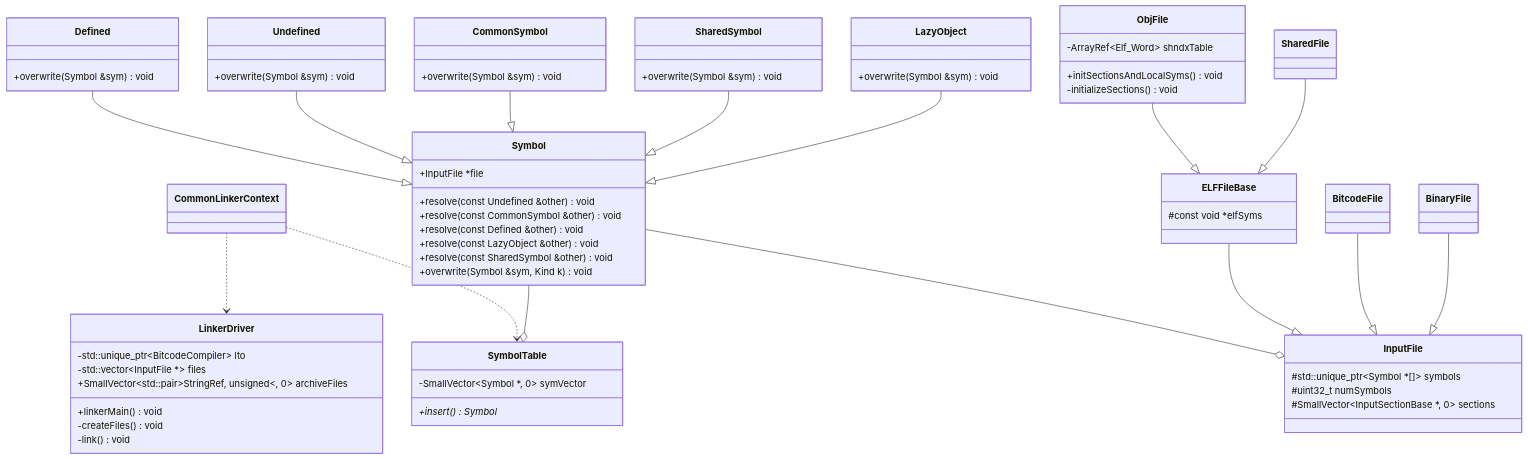
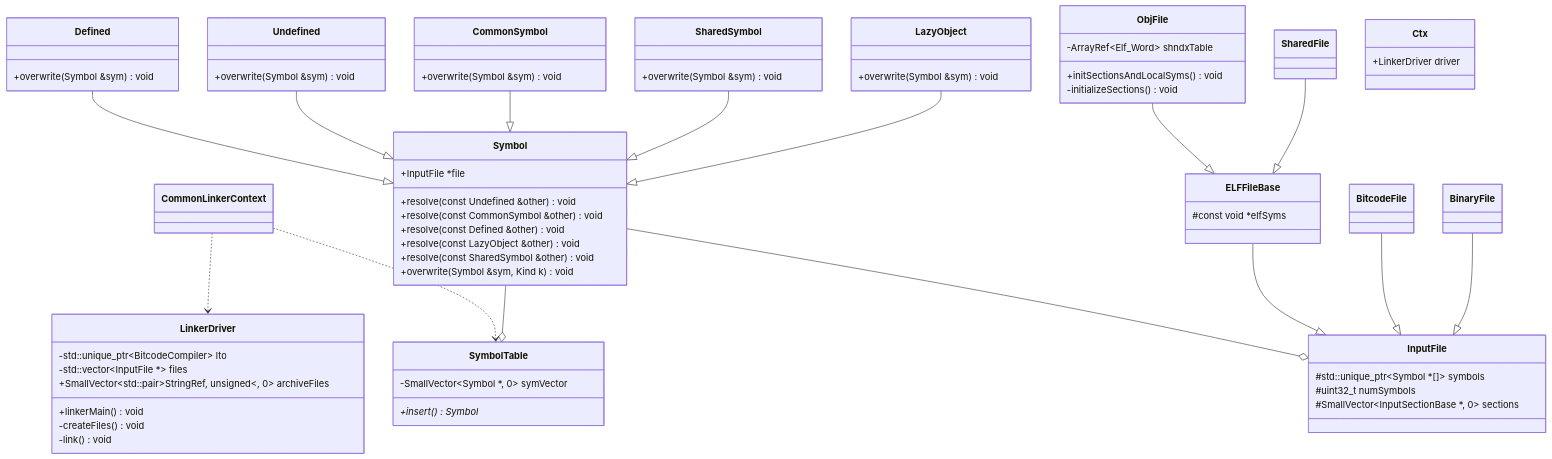
Before and after one commit to acelyb/MY-NOTE: the second of 2 diagrams in compiler/llvm-note.md, drawn with Mermaid. The commit also changed other lines of this file and 1 other file, not shown here.

Commit message:
llvm(linker): Amend lld notes.

````diff
--- a/compiler/llvm-note.md
+++ b/compiler/llvm-note.md
@@ -167,4 +179,8 @@
     class SharedFile {
 
     }
+
+    class Ctx {
+        +LinkerDriver driver
+    }
 ```
````
